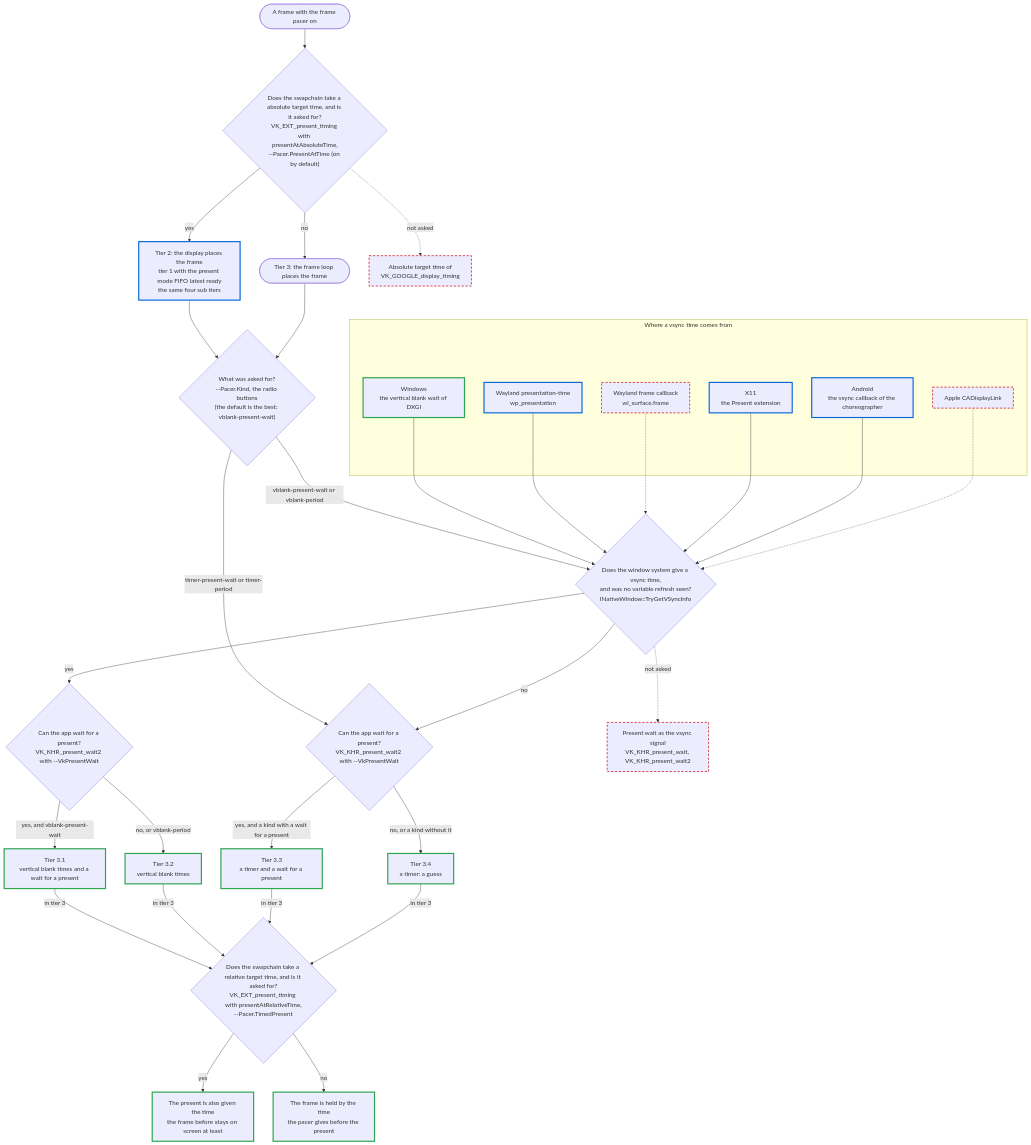
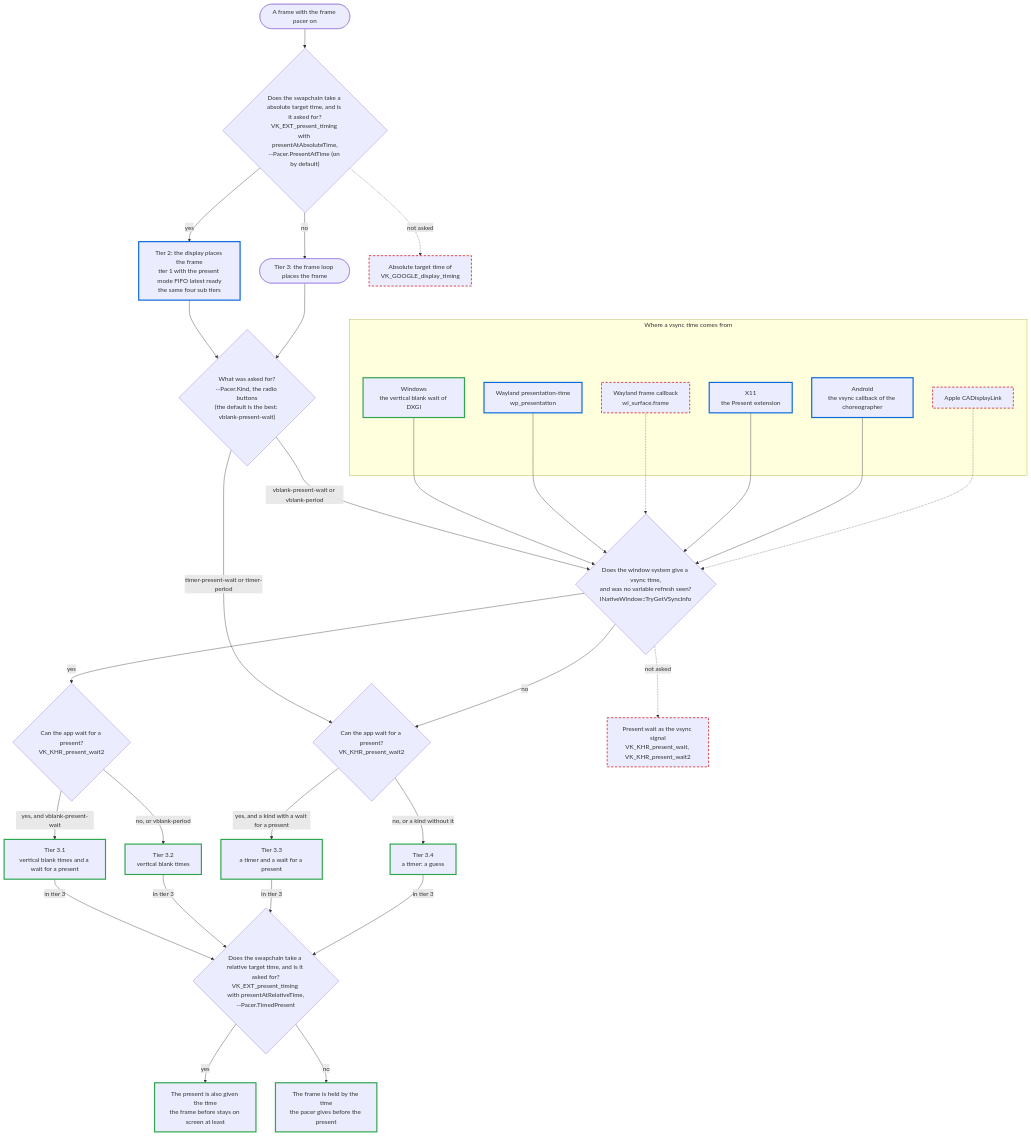
The diagram in Doc/FramePacingPlatformSupport.md (Unarmed1000/gtec-demo-framework), drawn with Mermaid before and after one commit. The commit also changed other lines of this file and 83 other files, not shown here.

````diff
--- a/Doc/FramePacingPlatformSupport.md
+++ b/Doc/FramePacingPlatformSupport.md
@@ -421,64 +428,64 @@
 ```mermaid
 flowchart TD
     run(["A frame with the frame pacer on"])
     q1{"What was asked for?<br/>--Pacer.Kind, the radio buttons<br/>(the default is the best: vblank-present-wait)"}
     q2{"Does the window system give a vsync time,<br/>and was no variable refresh seen?<br/>INativeWindow::TryGetVSyncInfo"}
-    q3{"Can the app wait for a present?<br/>VK_KHR_present_wait2 with --VkPresentWait"}
-    q4{"Can the app wait for a present?<br/>VK_KHR_present_wait2 with --VkPresentWait"}
+    q3{"Can the app wait for a present?<br/>VK_KHR_present_wait2"}
+    q4{"Can the app wait for a present?<br/>VK_KHR_present_wait2"}
     q0{"Does the swapchain take a absolute target time, and is it asked for?<br/>VK_EXT_present_timing with presentAtAbsoluteTime,<br/>--Pacer.PresentAtTime (on by default)"}
     q5{"Does the swapchain take a relative target time, and is it asked for?<br/>VK_EXT_present_timing with presentAtRelativeTime,<br/>--Pacer.TimedPresent"}
     major3(["Tier 3: the frame loop places the frame"])
     major2["Tier 2: the display places the frame<br/>tier 1 with the present mode FIFO latest ready<br/>the same four sub tiers"]:::built
 
     t31["Tier 3.1<br/>vertical blank times and a wait for a present"]:::measured
     t32["Tier 3.2<br/>vertical blank times"]:::measured
     t33["Tier 3.3<br/>a timer and a wait for a present"]:::measured
     t34["Tier 3.4<br/>a timer: a guess"]:::measured
     timed["The present is also given the time<br/>the frame before stays on screen at least"]:::measured
     plain["The frame is held by the time<br/>the pacer gives before the present"]:::measured
 
     absolute["Absolute target time of<br/>VK_GOOGLE_display_timing"]:::notbuilt
     presentwait["Present wait as the vsync signal<br/>VK_KHR_present_wait, VK_KHR_present_wait2"]:::notbuilt
 
     subgraph sources ["Where a vsync time comes from"]
         win["Windows<br/>the vertical blank wait of DXGI"]:::measured
         wlpresentation["Wayland presentation-time<br/>wp_presentation"]:::built
         wlframe["Wayland frame callback<br/>wl_surface.frame"]:::notbuilt
         x11present["X11<br/>the Present extension"]:::built
         android["Android<br/>the vsync callback of the choreographer"]:::built
         other["Apple CADisplayLink"]:::notbuilt
     end
 
     run --> q0
     q0 -- "yes" --> major2
     q0 -- "no" --> major3
     major2 --> q1
     major3 --> q1
     q1 -- "vblank-present-wait or vblank-period" --> q2
     q1 -- "timer-present-wait or timer-period" --> q4
     q2 -- "yes" --> q3
     q2 -- "no" --> q4
     q3 -- "yes, and vblank-present-wait" --> t31
     q3 -- "no, or vblank-period" --> t32
     q4 -- "yes, and a kind with a wait for a present" --> t33
     q4 -- "no, or a kind without it" --> t34
     t31 -- "in tier 3" --> q5
     t32 -- "in tier 3" --> q5
     t33 -- "in tier 3" --> q5
     t34 -- "in tier 3" --> q5
     q5 -- "yes" --> timed
     q5 -- "no" --> plain
 
     win --> q2
     wlpresentation --> q2
     wlframe -.-> q2
     x11present --> q2
     android --> q2
     other -.-> q2
     q0 -. "not asked" .-> absolute
     q2 -. "not asked" .-> presentwait
 
     classDef measured stroke:#2da44e,stroke-width:3px
     classDef built stroke:#0969da,stroke-width:3px
     classDef notbuilt stroke:#cf222e,stroke-width:2px,stroke-dasharray:6 4
 ```
````
